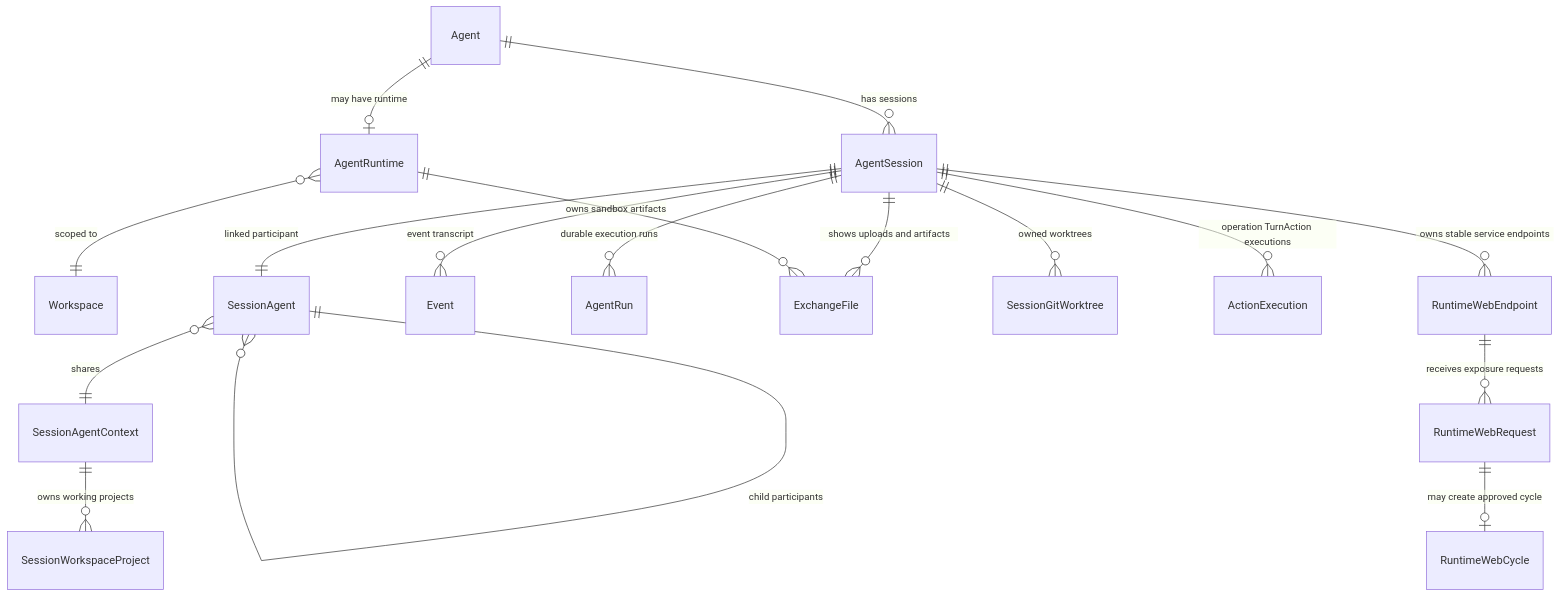
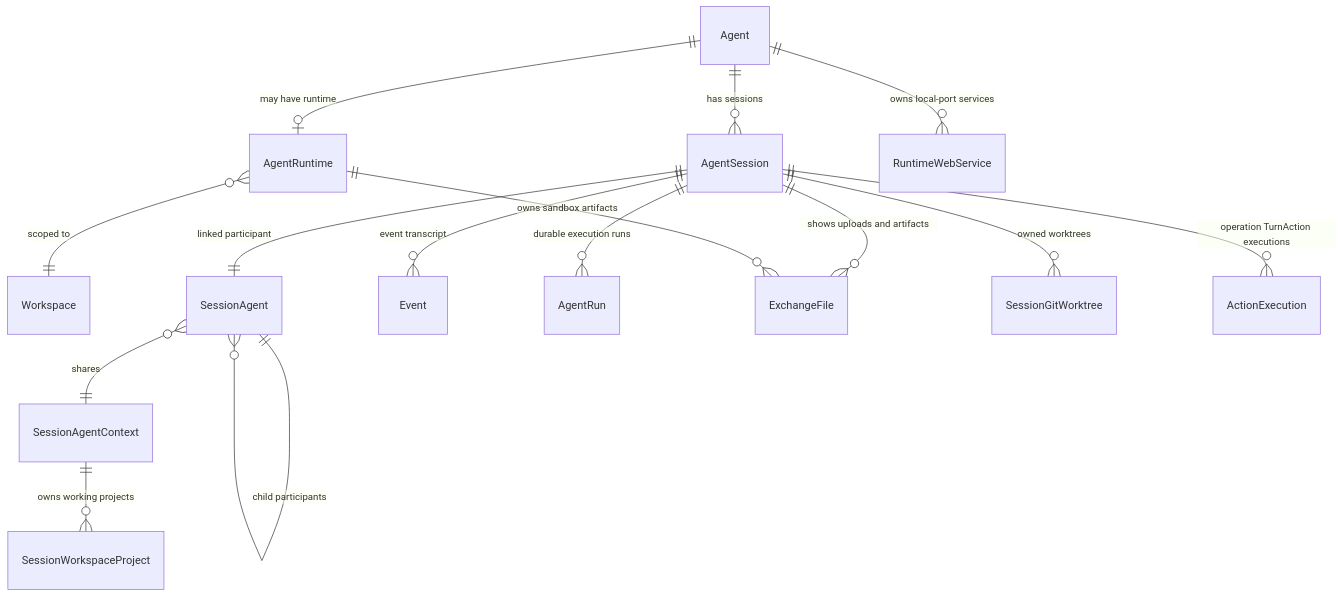
Before and after one commit to azents/azents: the diagram in docs/azents/spec/domain/conversation.md, drawn with Mermaid. The commit also changed other lines of this file and 174 other files, not shown here.

Commit message:
feat(runtime-web): replace session approval with agent services

````diff
--- a/docs/azents/spec/domain/conversation.md
+++ b/docs/azents/spec/domain/conversation.md
@@ -165,19 +165,17 @@
 ```mermaid
 erDiagram
     Agent ||--o| AgentRuntime : "may have runtime"
     Agent ||--o{ AgentSession : "has sessions"
     AgentRuntime }o--|| Workspace : "scoped to"
     AgentSession ||--|| SessionAgent : "linked participant"
     SessionAgent ||--o{ SessionAgent : "child participants"
     SessionAgent }o--|| SessionAgentContext : "shares"
     SessionAgentContext ||--o{ SessionWorkspaceProject : "owns working projects"
     AgentSession ||--o{ Event : "event transcript"
     AgentSession ||--o{ AgentRun : "durable execution runs"
     AgentSession ||--o{ ExchangeFile : "shows uploads and artifacts"
     AgentSession ||--o{ SessionGitWorktree : "owned worktrees"
     AgentSession ||--o{ ActionExecution : "operation TurnAction executions"
-    AgentSession ||--o{ RuntimeWebEndpoint : "owns stable service endpoints"
-    RuntimeWebEndpoint ||--o{ RuntimeWebRequest : "receives exposure requests"
-    RuntimeWebRequest ||--o| RuntimeWebCycle : "may create approved cycle"
+    Agent ||--o{ RuntimeWebService : "owns local-port services"
     AgentRuntime ||--o{ ExchangeFile : "owns sandbox artifacts"
 ```
````
